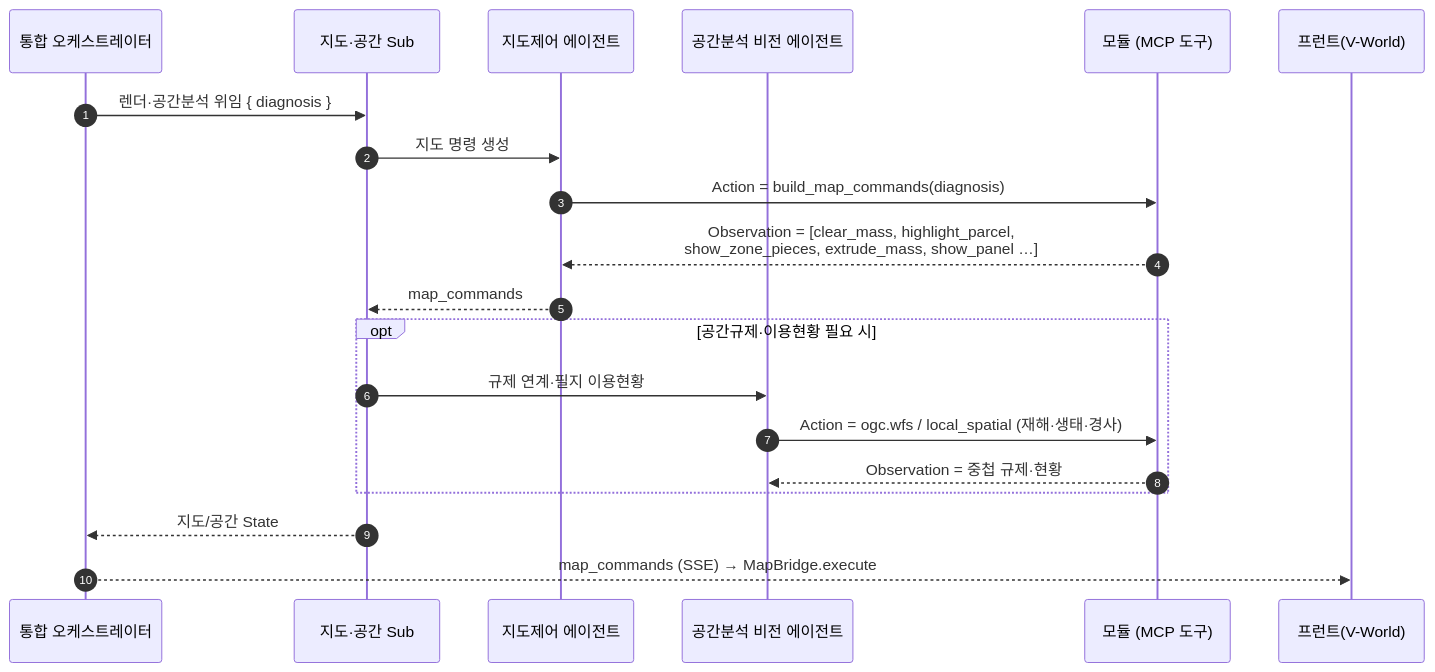
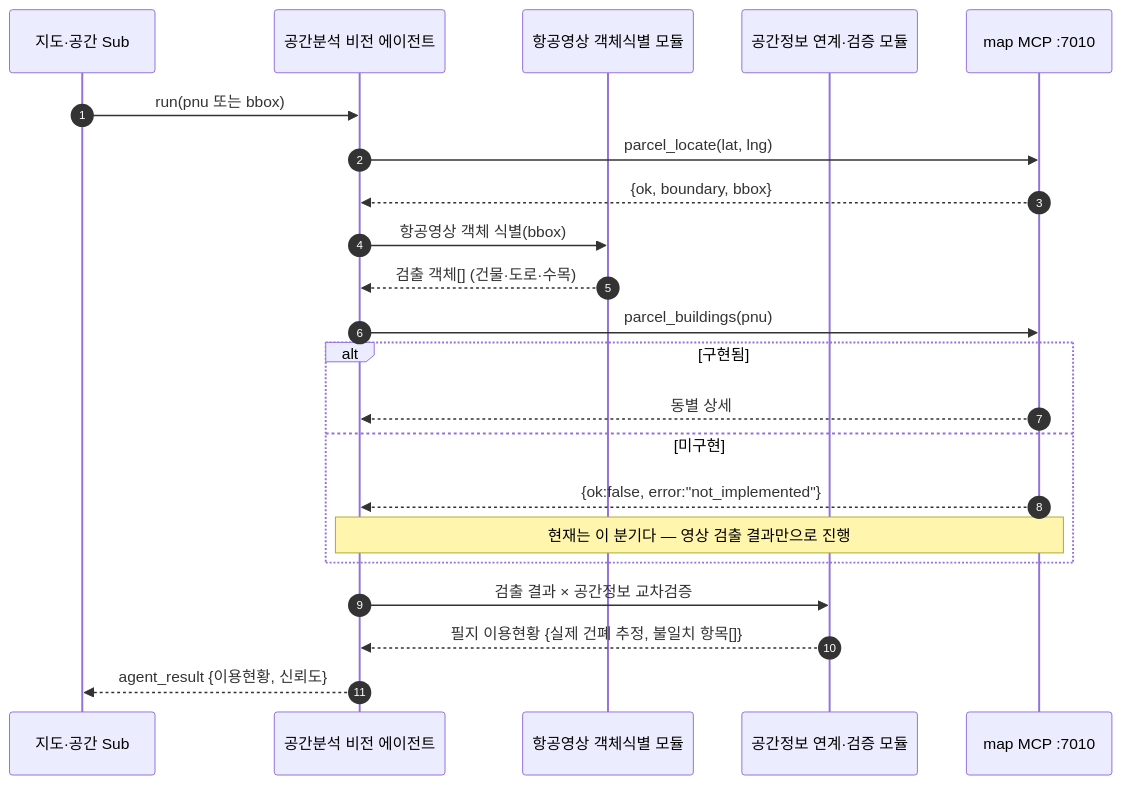
One commit to madlrengg100/permit-copilot changed diagram 11 of 14 in docs/MCP-AGENT-SEQUENCE.md. Above: the diagram before and after it, drawn with Mermaid. The commit also changed other lines of this file, not shown here.

First line of the commit message:
Add MCP 4-layer agent call sequence design doc

````diff
--- a/docs/MCP-AGENT-SEQUENCE.md
+++ b/docs/MCP-AGENT-SEQUENCE.md
@@ -81,23 +805,30 @@
 ```mermaid
 sequenceDiagram
     autonumber
-    participant IO as 통합 오케스트레이터
-    participant SO2 as 지도·공간 Sub
-    participant MAP as 지도제어 에이전트
-    participant VIS as 공간분석 비전 에이전트
-    participant MOD as 모듈 (MCP 도구)
-    participant FE as 프런트(V-World)
+    participant SO as 지도·공간 Sub
+    participant AG as 공간분석 비전 에이전트
+    participant OD as 항공영상 객체식별 모듈
+    participant XV as 공간정보 연계·검증 모듈
+    participant MCP as map MCP :7010
 
-    IO->>SO2: 렌더·공간분석 위임 { diagnosis }
-    SO2->>MAP: 지도 명령 생성
-    MAP->>MOD: Action = build_map_commands(diagnosis)
-    MOD-->>MAP: Observation = [clear_mass, highlight_parcel,<br/>show_zone_pieces, extrude_mass, show_panel …]
-    MAP-->>SO2: map_commands
-    opt 공간규제·이용현황 필요 시
-        SO2->>VIS: 규제 연계·필지 이용현황
-        VIS->>MOD: Action = ogc.wfs / local_spatial (재해·생태·경사)
-        MOD-->>VIS: Observation = 중첩 규제·현황
+    SO->>AG: run(pnu 또는 bbox)
+
+    AG->>MCP: parcel_locate(lat, lng)
+    MCP-->>AG: {ok, boundary, bbox}
+
+    AG->>OD: 항공영상 객체 식별(bbox)
+    OD-->>AG: 검출 객체[] (건물·도로·수목)
+
+    AG->>MCP: parcel_buildings(pnu)
+    alt 구현됨
+        MCP-->>AG: 동별 상세
+    else 미구현
+        MCP-->>AG: {ok:false, error:"not_implemented"}
+        Note over AG,MCP: 현재는 이 분기다 — 영상 검출 결과만으로 진행
     end
-    SO2-->>IO: 지도/공간 State
-    IO-->>FE: map_commands (SSE) → MapBridge.execute
+
+    AG->>XV: 검출 결과 × 공간정보 교차검증
+    XV-->>AG: 필지 이용현황 {실제 건폐 추정, 불일치 항목[]}
+
+    AG-->>SO: agent_result {이용현황, 신뢰도}
 ```
````
